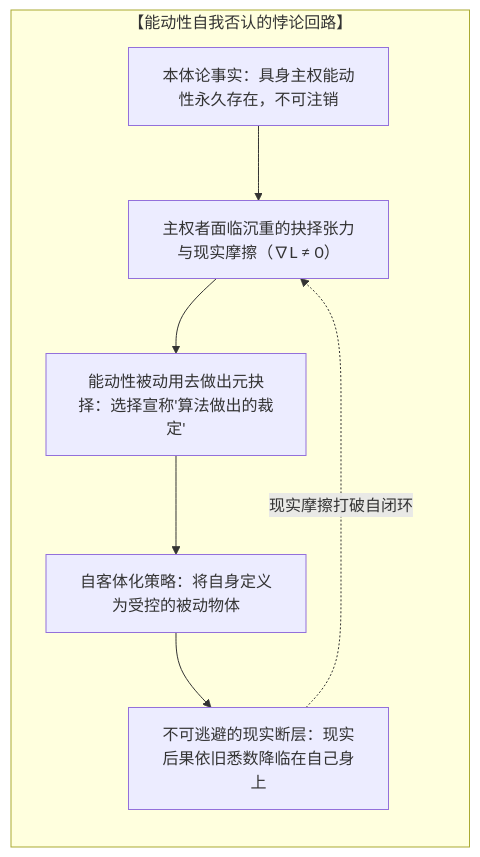
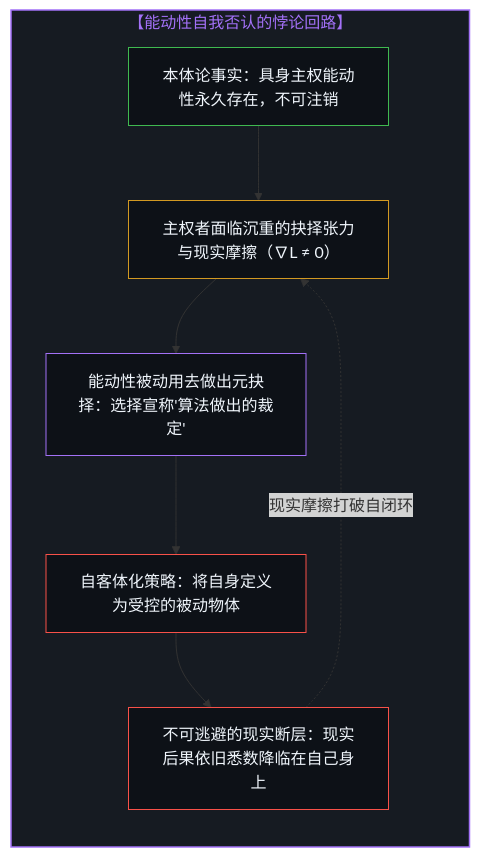
Before and after one commit to powerpig99/not-a-toe: the ninth of 12 diagrams in content/posts/the-delegation-of-the-task-and-the-inalienability-of-consequences.md, drawn with Mermaid. The commit also changed other lines of this file and 4 other files, not shown here.

Commit message:
Align Post 328 diagrams with historical dark theme, purge physical will inversion, and archive specifications

````diff
--- a/content/posts/the-delegation-of-the-task-and-the-inalienability-of-consequences.md
+++ b/content/posts/the-delegation-of-the-task-and-the-inalienability-of-consequences.md
@@ -257,13 +329,20 @@
 ```mermaid
 graph TD
     subgraph Paradox_Of_Agency["【能动性自我否认的悖论回路】"]
         direction TB
         A1["本体论事实：具身主权能动性永久存在，不可注销"]
         A2["主权者面临沉重的抉择张力与现实摩擦（∇L ≠ 0）"]
         A3["能动性被动用去做出元抉择：选择宣称'算法做出的裁定'"]
         A4["自客体化策略：将自身定义为受控的被动物体"]
         A5["不可逃避的现实断层：现实后果依旧悉数降临在自己身上"]
         A1 --> A2 --> A3 --> A4 --> A5
         A5 -.->|"现实摩擦打破自闭环"| A2
     end
+
+    style Paradox_Of_Agency fill:#161b22,stroke:#a371f7,stroke-width:1.5px,color:#a371f7
+    style A1 fill:#0d1117,stroke:#3fb950,stroke-width:1px,color:#f0f6fc
+    style A2 fill:#0d1117,stroke:#d29922,stroke-width:1px,color:#f0f6fc
+    style A3 fill:#0d1117,stroke:#a371f7,stroke-width:1px,color:#f0f6fc
+    style A4 fill:#0d1117,stroke:#f85149,stroke-width:1px,color:#f0f6fc
+    style A5 fill:#0d1117,stroke:#f85149,stroke-width:1px,color:#f0f6fc
 ```
````
